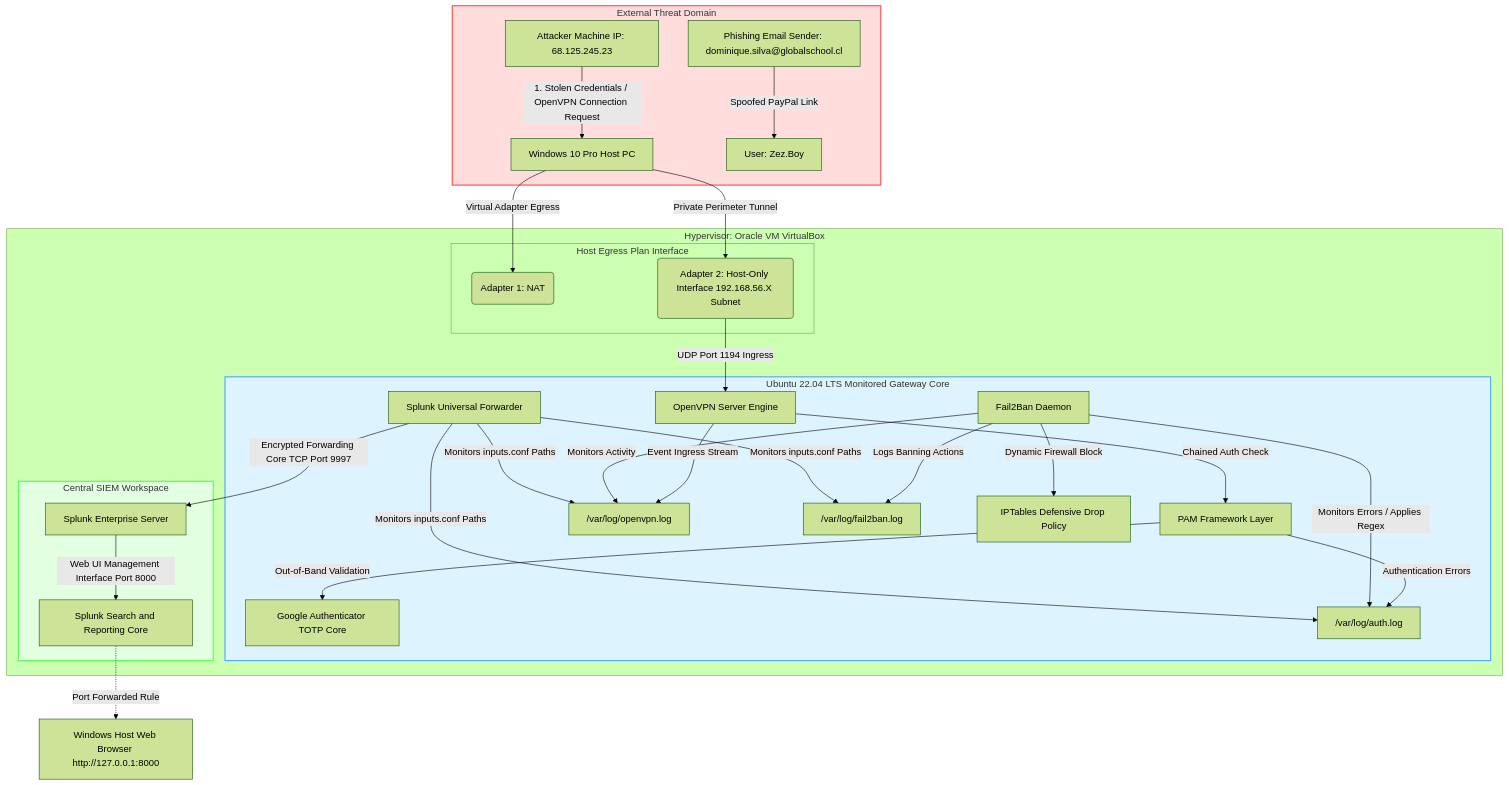
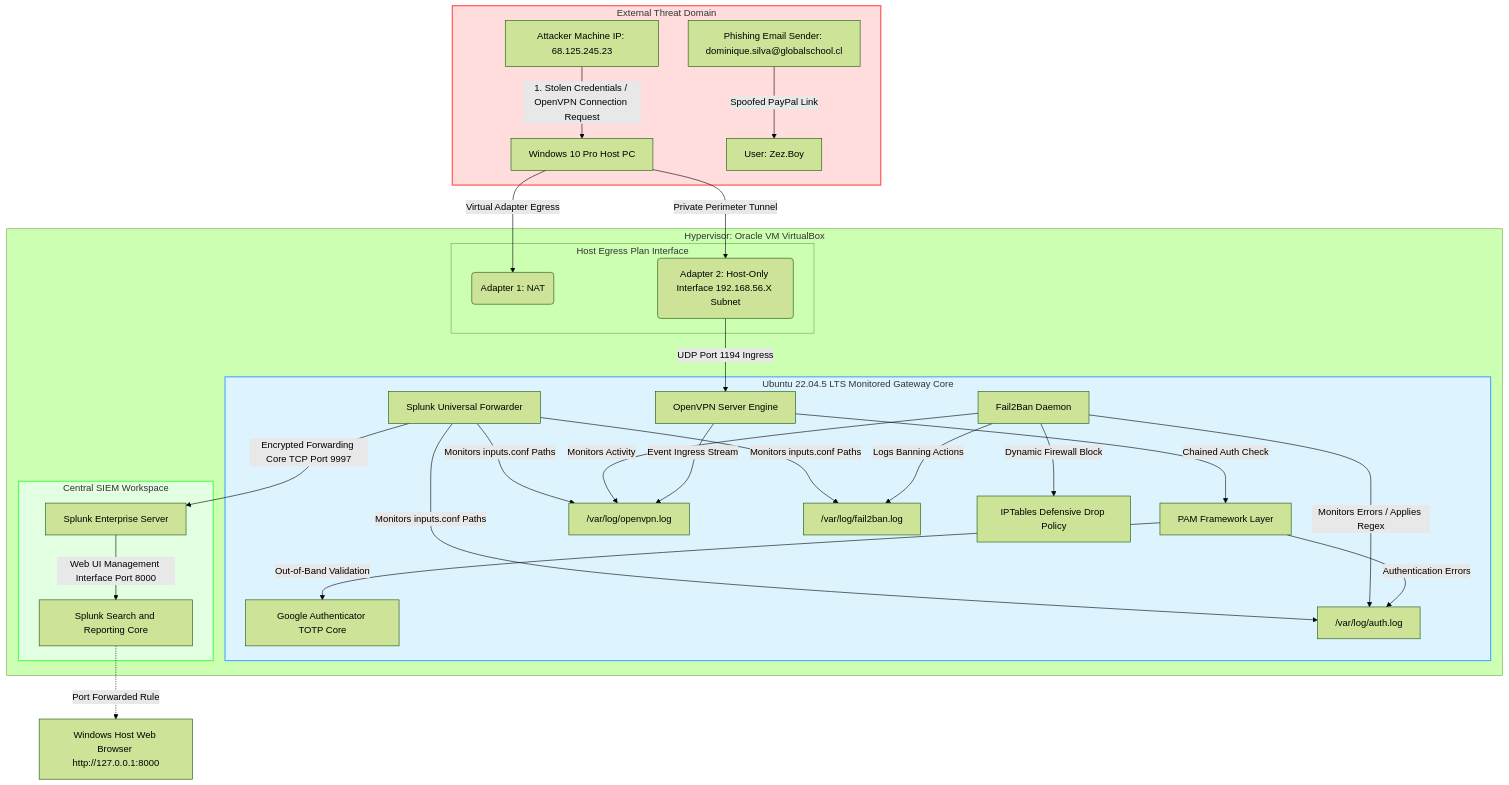
The diagram in README.md (Zezanderson98/vpn-log-analysis-openvpn), drawn with Mermaid (forest theme) before and after one commit. The commit also changed other lines of this file, not shown here.

Commit message:
Update Ubuntu version in README to 22.04.5 LTS

````diff
--- a/README.md
+++ b/README.md
@@ -22,54 +22,54 @@
 ```mermaid
 graph TD
     %% External Threat Domain
     subgraph External_Threat_Infrastructure ["External Threat Domain"]
         A["Attacker Machine IP: 68.125.245.23"] -->|"1. Stolen Credentials / OpenVPN Connection Request"| E["Windows 10 Pro Host PC"]
         B["Phishing Email Sender: dominique.silva@globalschool.cl"] -->|"Spoofed PayPal Link"| C["User: Zez.Boy"]
     end
 
     %% Hypervisor Layer
     subgraph VirtualBox_Hypervisor ["Hypervisor: Oracle VM VirtualBox"]
         
         %% Host Machine Network Plane
         subgraph Host_Network_Plane ["Host Egress Plan Interface"]
             E -->|"Virtual Adapter Egress"| F("Adapter 1: NAT")
             E -->|"Private Perimeter Tunnel"| G("Adapter 2: Host-Only Interface 192.168.56.X Subnet")
         end
 
         %% Monitored Gateway Instance
-        subgraph Ubuntu_Gateway_Core ["Ubuntu 22.04 LTS Monitored Gateway Core"]
+        subgraph Ubuntu_Gateway_Core ["Ubuntu 22.04.5 LTS Monitored Gateway Core"]
             G -->|"UDP Port 1194 Ingress"| H["OpenVPN Server Engine"]
             H -->|"Chained Auth Check"| I["PAM Framework Layer"]
             I -->|"Out-of-Band Validation"| J["Google Authenticator TOTP Core"]
             
             %% Threat Logs Production
             H -->|"Event Ingress Stream"| K["/var/log/openvpn.log"]
             I -->|"Authentication Errors"| L["/var/log/auth.log"]
             
             %% Intrusion Mitigation Engine
             M["Fail2Ban Daemon"] -->|"Monitors Errors / Applies Regex"| L
             M -->|"Monitors Activity"| K
             M -->|"Logs Banning Actions"| N["/var/log/fail2ban.log"]
             M -->|"Dynamic Firewall Block"| O["IPTables Defensive Drop Policy"]
             
             %% Log Forwarding Pipeline
             P["Splunk Universal Forwarder"] -->|"Monitors inputs.conf Paths"| K
             P -->|"Monitors inputs.conf Paths"| L
             P -->|"Monitors inputs.conf Paths"| N
         end
 
         %% Central Analytics Engine
         subgraph SIEM_Analytics ["Central SIEM Workspace"]
             P -->|"Encrypted Forwarding Core TCP Port 9997"| Q["Splunk Enterprise Server"]
             Q -->|"Web UI Management Interface Port 8000"| R["Splunk Search and Reporting Core"]
         end
     end
 
     %% Port Forwarding Logic linking Back to Host Browser
     R -.->|"Port Forwarded Rule"| S["Windows Host Web Browser http://127.0.0.1:8000"]
 
     %% Color Adjustments
     style External_Threat_Infrastructure fill:#ffdddd,stroke:#ff5555,stroke-width:2px;
     style Ubuntu_Gateway_Core fill:#ddf4ff,stroke:#55aaff,stroke-width:2px;
     style SIEM_Analytics fill:#e2ffe2,stroke:#55ff55,stroke-width:2px;
 ```
````
